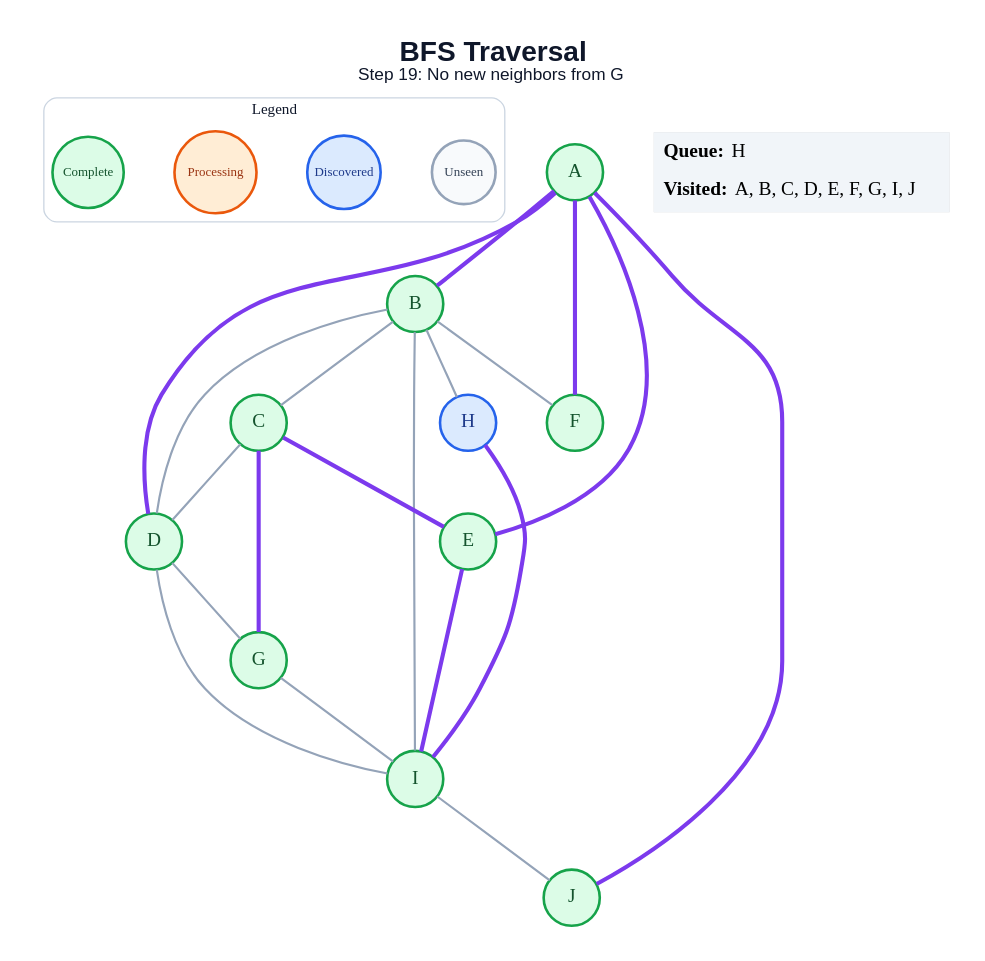
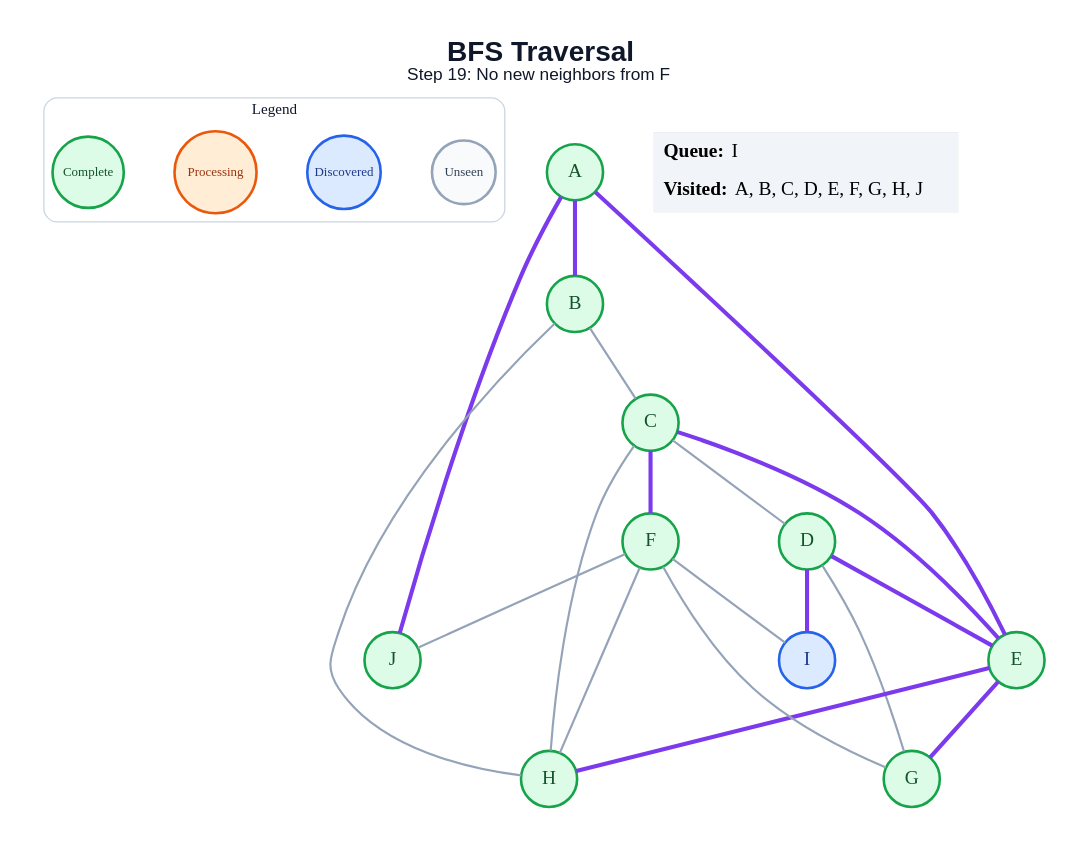
The diagram in generated/specific-node/bfs/step_19.dot (amanghodawala9/ai-slop), drawn with Graphviz before and after one commit. The commit also changed 178 other files, not shown here.

```diff
--- a/generated/specific-node/bfs/step_19.dot
+++ b/generated/specific-node/bfs/step_19.dot
@@ -1,48 +1,47 @@
 graph traversal {
   graph [layout=dot, rankdir=TB, bgcolor="#FFFFFF", pad="0.35", nodesep="0.65", ranksep="0.8", fontname="Arial"];
   node [shape=circle, style="filled", fontname="Arial Bold", fontsize=18, width=0.72, fixedsize=true, penwidth=2.4];
   edge [color="#94A3B8", penwidth=2.0];
-  label=<<B>BFS Traversal</B><BR/><FONT POINT-SIZE="16">Step 19: No new neighbors from G</FONT>>; labelloc="t"; fontsize=26; fontname="Arial"; fontcolor="#0F172A";
+  label=<<B>BFS Traversal</B><BR/><FONT POINT-SIZE="16">Step 19: No new neighbors from F</FONT>>; labelloc="t"; fontsize=26; fontname="Arial"; fontcolor="#0F172A";
   subgraph cluster_legend { label="Legend"; color="#CBD5E1"; penwidth=1.2; style="rounded"; fontsize=14; fontname="Arial Bold";
     key_unseen [label="Unseen", fillcolor="#F8FAFC", color="#94A3B8", fontcolor="#334155", fontsize=12, width=0.82];
     key_frontier [label="Discovered", fillcolor="#DBEAFE", color="#2563EB", fontcolor="#1E3A8A", fontsize=12, width=0.95];
     key_current [label="Processing", fillcolor="#FFEDD5", color="#EA580C", fontcolor="#9A3412", fontsize=12, width=1.05];
     key_done [label="Complete", fillcolor="#DCFCE7", color="#16A34A", fontcolor="#14532D", fontsize=12, width=0.92];
     { rank=same; key_unseen; key_frontier; key_current; key_done; }
   }
   A [fillcolor="#DCFCE7", color="#16A34A", fontcolor="#14532D"];
   B [fillcolor="#DCFCE7", color="#16A34A", fontcolor="#14532D"];
   C [fillcolor="#DCFCE7", color="#16A34A", fontcolor="#14532D"];
   D [fillcolor="#DCFCE7", color="#16A34A", fontcolor="#14532D"];
   E [fillcolor="#DCFCE7", color="#16A34A", fontcolor="#14532D"];
   F [fillcolor="#DCFCE7", color="#16A34A", fontcolor="#14532D"];
   G [fillcolor="#DCFCE7", color="#16A34A", fontcolor="#14532D"];
-  H [fillcolor="#DBEAFE", color="#2563EB", fontcolor="#1E3A8A"];
-  I [fillcolor="#DCFCE7", color="#16A34A", fontcolor="#14532D"];
+  H [fillcolor="#DCFCE7", color="#16A34A", fontcolor="#14532D"];
+  I [fillcolor="#DBEAFE", color="#2563EB", fontcolor="#1E3A8A"];
   J [fillcolor="#DCFCE7", color="#16A34A", fontcolor="#14532D"];
   A -- B [color="#7C3AED", penwidth=3.8];
-  A -- D [color="#7C3AED", penwidth=3.8];
   A -- E [color="#7C3AED", penwidth=3.8];
-  A -- F [color="#7C3AED", penwidth=3.8];
   A -- J [color="#7C3AED", penwidth=3.8];
   B -- C;
-  B -- D;
-  B -- F;
   B -- H;
-  B -- I;
   C -- D;
   C -- E [color="#7C3AED", penwidth=3.8];
-  C -- G [color="#7C3AED", penwidth=3.8];
+  C -- F [color="#7C3AED", penwidth=3.8];
+  C -- H;
+  D -- E [color="#7C3AED", penwidth=3.8];
   D -- G;
-  D -- I;
-  E -- I [color="#7C3AED", penwidth=3.8];
-  G -- I;
-  H -- I [color="#7C3AED", penwidth=3.8];
-  I -- J;
+  D -- I [color="#7C3AED", penwidth=3.8];
+  E -- G [color="#7C3AED", penwidth=3.8];
+  E -- H [color="#7C3AED", penwidth=3.8];
+  F -- G;
+  F -- H;
+  F -- I;
+  F -- J;
   status [shape=plain, fixedsize=false, width=0, height=0, margin=0, label=<
     <TABLE BORDER="0" CELLBORDER="0" CELLPADDING="7" BGCOLOR="#F1F5F9">
-      <TR><TD ALIGN="LEFT"><B>Queue:</B> H</TD></TR>
-      <TR><TD ALIGN="LEFT"><B>Visited:</B> A, B, C, D, E, F, G, I, J</TD></TR>
+      <TR><TD ALIGN="LEFT"><B>Queue:</B> I</TD></TR>
+      <TR><TD ALIGN="LEFT"><B>Visited:</B> A, B, C, D, E, F, G, H, J</TD></TR>
     </TABLE>
   >];
 }
```
